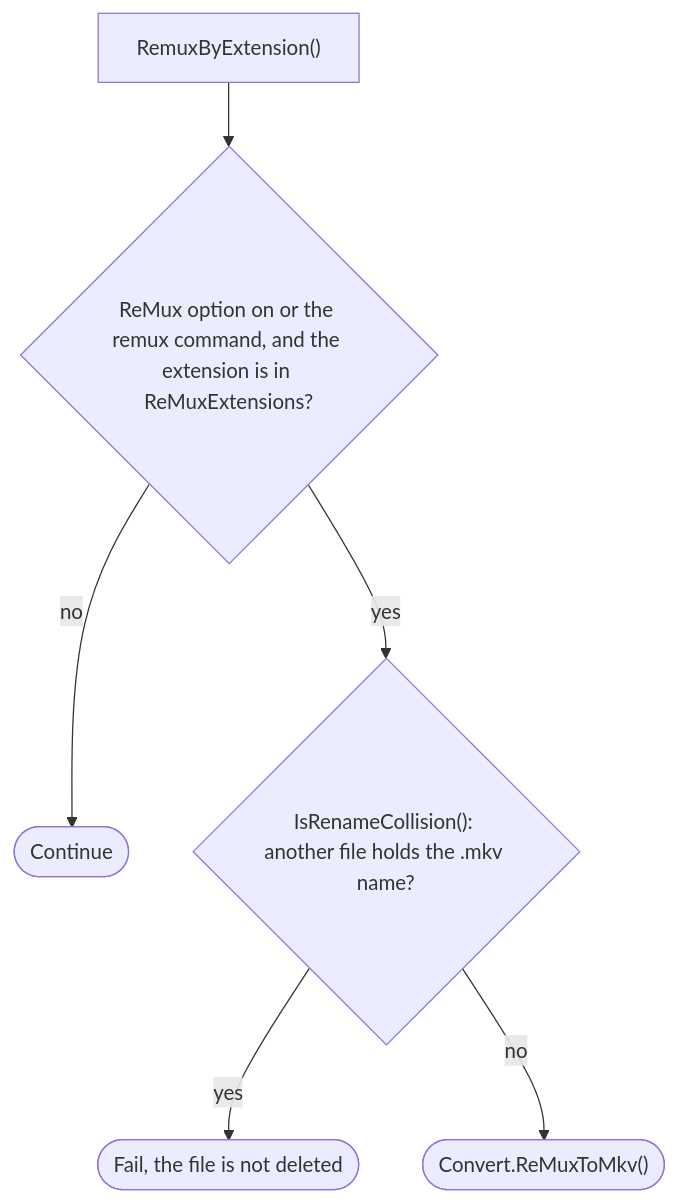
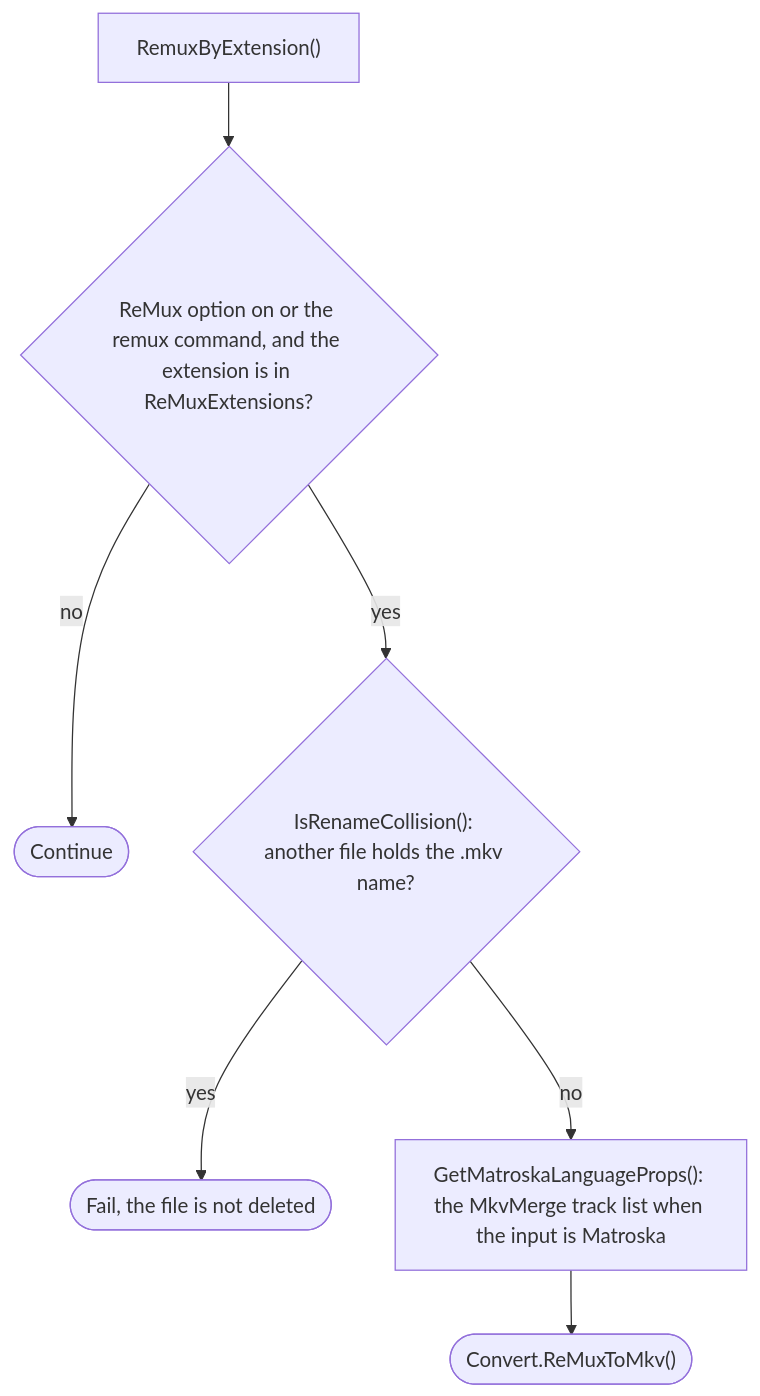
Before and after one commit to ptr727/PlexCleaner: the sixth of 20 diagrams in ARCHITECTURE.md, drawn with Mermaid. The commit also changed other lines of this file and 2 other files, not shown here.

Commit message:
Restore IETF Tags When a Misnamed Matroska File Remuxes Through FFmpeg
RemuxByExtension() passed no track list, so the FFmpeg fallback could not restore the IETF tags of a Matroska file under a ReMuxExtensions extension.

````diff
--- a/ARCHITECTURE.md
+++ b/ARCHITECTURE.md
@@ -460,8 +462,9 @@
 ```mermaid
 flowchart TD
   A0["RemuxByExtension()"] --> A1{"ReMux option on or the remux command, and the extension is in ReMuxExtensions?"}
   A1 -->|no| AOK(["Continue"])
   A1 -->|yes| A2{"IsRenameCollision(): another file holds the .mkv name?"}
   A2 -->|yes| AF(["Fail, the file is not deleted"])
-  A2 -->|no| AR(["Convert.ReMuxToMkv()"])
+  A2 -->|no| A3["GetMatroskaLanguageProps(): the MkvMerge track list when the input is Matroska"]
+  A3 --> AR(["Convert.ReMuxToMkv()"])
 ```
````
